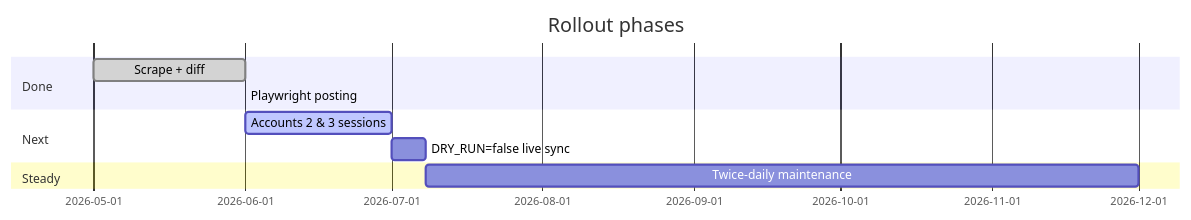
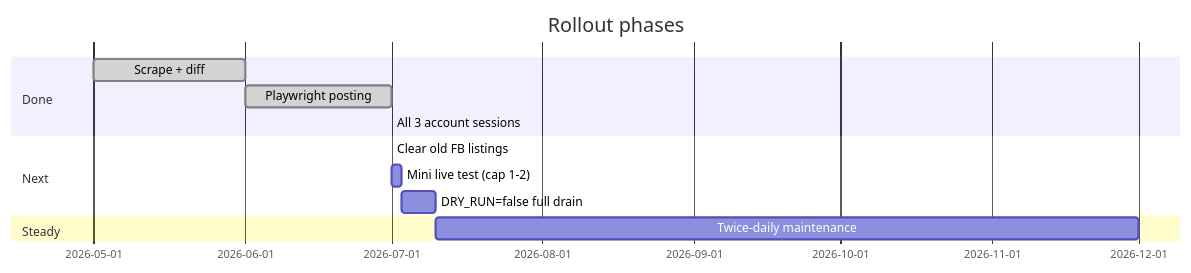
The second of 2 diagrams in README.md (mg22mex/auto-upload), drawn with Mermaid before and after one commit. The commit also changed other lines of this file and 4 other files, not shown here.

````diff
--- a/README.md
+++ b/README.md
@@ -81,13 +82,15 @@
 ```mermaid
 gantt
     title Rollout phases
     dateFormat YYYY-MM
     section Done
         Scrape + diff           :done, p0, 2026-05, 2026-06
-        Playwright posting      :done, p2, 2026-06, 2026-06
+        Playwright posting      :done, p2, 2026-06, 2026-07
+        All 3 account sessions  :done, p2b, 2026-07, 2026-07
     section Next
-        Accounts 2 & 3 sessions :active, p2b, 2026-06, 2026-07
-        DRY_RUN=false live sync :p2c, after p2b, 7d
+        Clear old FB listings   :active, p2c, 2026-07, 2026-07
+        Mini live test (cap 1-2):p2d, after p2c, 2d
+        DRY_RUN=false full drain:p2e, after p2d, 7d
     section Steady
-        Twice-daily maintenance :p3, after p2c, 2026-12
+        Twice-daily maintenance :p3, after p2e, 2026-12
 ```
````
